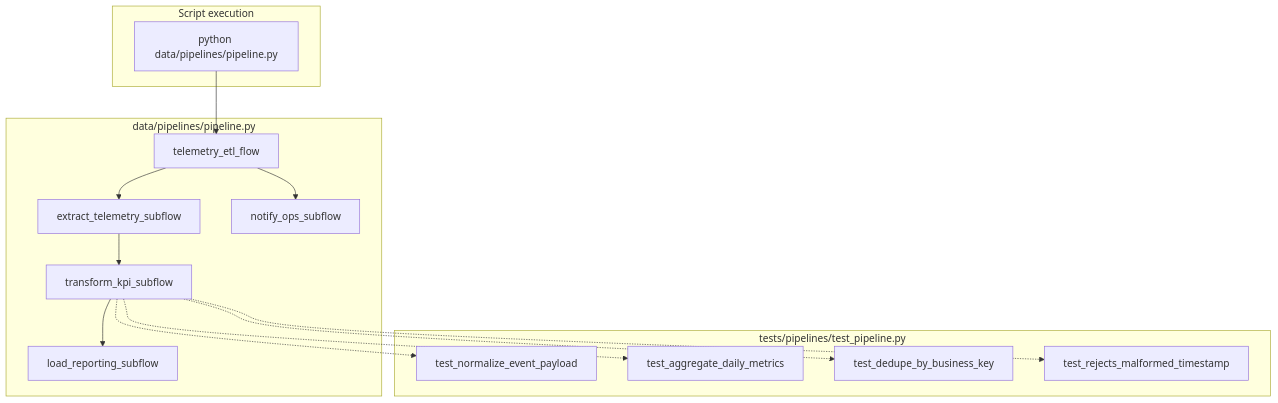
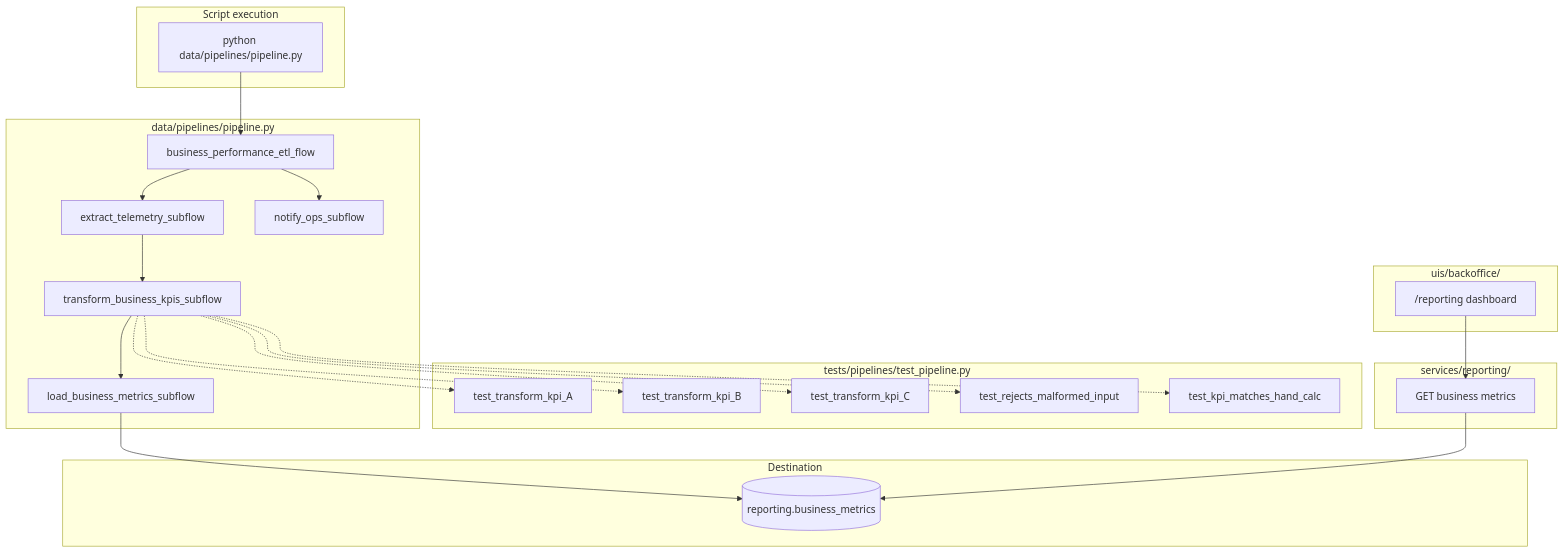
Before and after one commit to 4GeeksAcademy/ai-engineering-syllabus: the diagram in content/projects/ai-eng-milestone-data-pipeline-enhancement/.learn/solution/README.md, drawn with Mermaid. The commit also changed other lines of this file and 89 other files, not shown here.

````diff
--- a/content/projects/ai-eng-milestone-data-pipeline-enhancement/.learn/solution/README.md
+++ b/content/projects/ai-eng-milestone-data-pipeline-enhancement/.learn/solution/README.md
@@ -20,26 +18,39 @@
 ```mermaid
 flowchart TD
   subgraph main [data/pipelines/pipeline.py]
-    MAIN[telemetry_etl_flow]
+    MAIN[business_performance_etl_flow]
     EXT[extract_telemetry_subflow]
-    TRF[transform_kpi_subflow]
-    LOD[load_reporting_subflow]
+    TRF[transform_business_kpis_subflow]
+    LOD[load_business_metrics_subflow]
     OPT[notify_ops_subflow]
   end
   subgraph tests [tests/pipelines/test_pipeline.py]
-    T1[test_normalize_event_payload]
-    T2[test_aggregate_daily_metrics]
-    T3[test_dedupe_by_business_key]
-    T4[test_rejects_malformed_timestamp]
+    T1[test_transform_kpi_A]
+    T2[test_transform_kpi_B]
+    T3[test_transform_kpi_C]
+    T4[test_rejects_malformed_input]
+    T5[test_kpi_matches_hand_calc]
+  end
+  subgraph ui [uis/backoffice/]
+    DASH["/reporting dashboard"]
+  end
+  subgraph api [services/reporting/]
+    KPI[GET business metrics]
+  end
+  subgraph dest [Destination]
+    RPT[(reporting.business_metrics)]
   end
   subgraph cli [Script execution]
     RUN[python data/pipelines/pipeline.py]
   end
   MAIN --> EXT --> TRF --> LOD
   MAIN --> OPT
+  LOD --> RPT
   TRF -.-> T1
   TRF -.-> T2
   TRF -.-> T3
   TRF -.-> T4
+  TRF -.-> T5
+  DASH --> KPI --> RPT
   RUN --> MAIN
 ```
````
